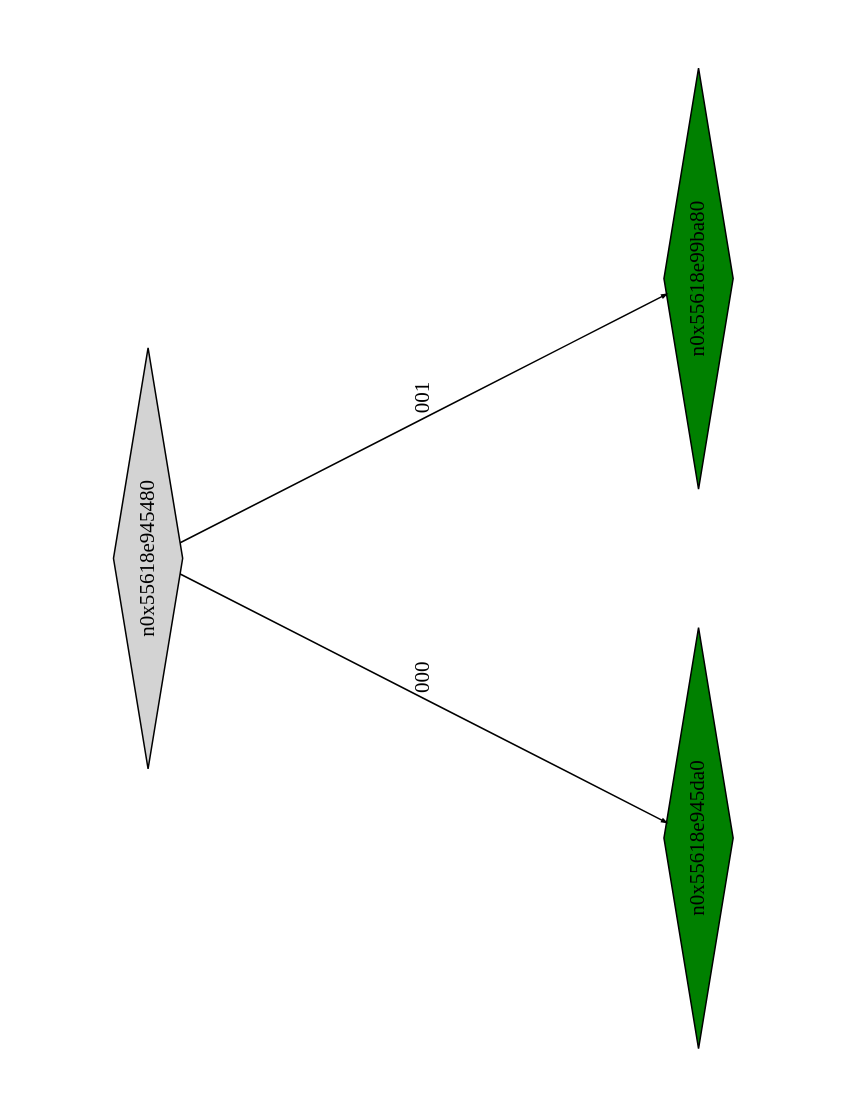
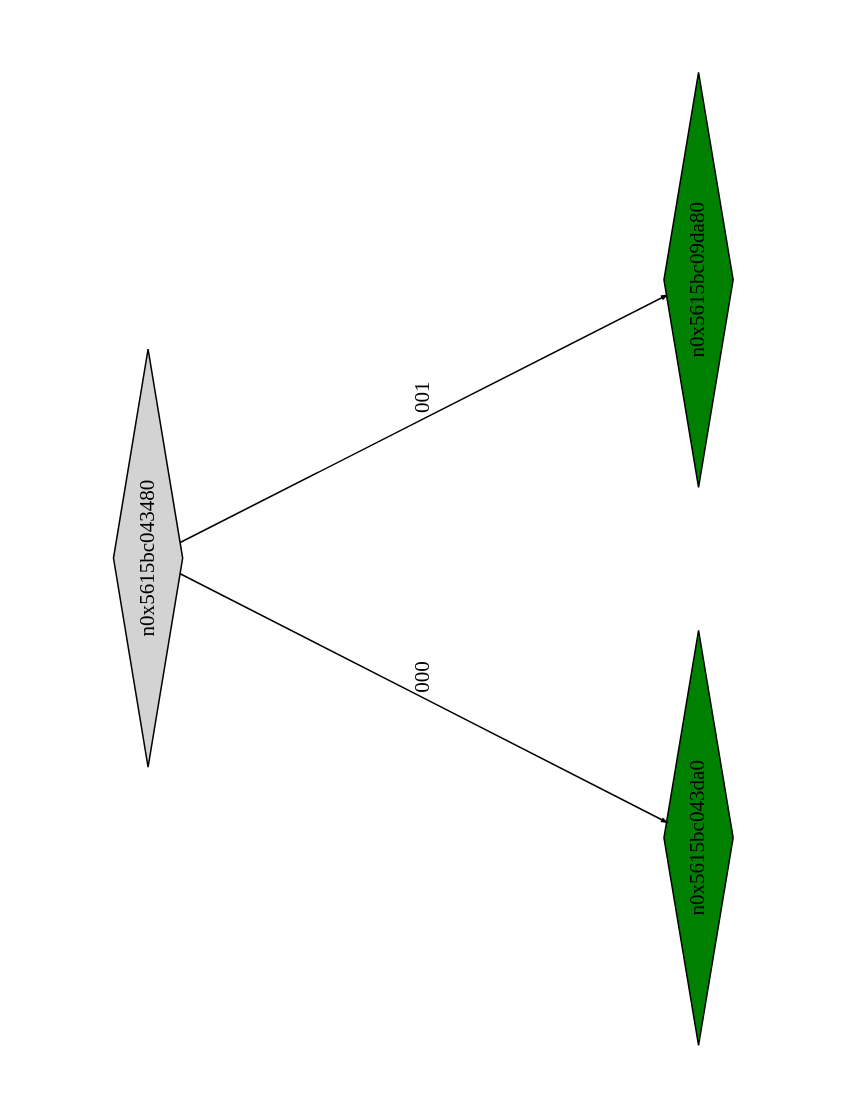
The diagram in example1_klee_out/ptree_00002325.dot (Research-Tools-PAVT/PSE-Program-Examples), drawn with Graphviz before and after one commit. The commit also changed 109 other files, not shown here.

```diff
--- a/example1_klee_out/ptree_00002325.dot
+++ b/example1_klee_out/ptree_00002325.dot
@@ -1,13 +1,13 @@
 digraph G {
 	size="10,7.5";
 	ratio=fill;
 	rotate=90;
 	center = "true";
 	node [style="filled",width=.1,height=.1,fontname="Terminus"]
 	edge [arrowsize=.3]
-	n0x55618e945480 [shape=diamond];
-	n0x55618e945480 -> n0x55618e945da0 [label=000];
-	n0x55618e945480 -> n0x55618e99ba80 [label=001];
-	n0x55618e99ba80 [shape=diamond,fillcolor=green];
-	n0x55618e945da0 [shape=diamond,fillcolor=green];
+	n0x5615bc043480 [shape=diamond];
+	n0x5615bc043480 -> n0x5615bc043da0 [label=000];
+	n0x5615bc043480 -> n0x5615bc09da80 [label=001];
+	n0x5615bc09da80 [shape=diamond,fillcolor=green];
+	n0x5615bc043da0 [shape=diamond,fillcolor=green];
 }
```
